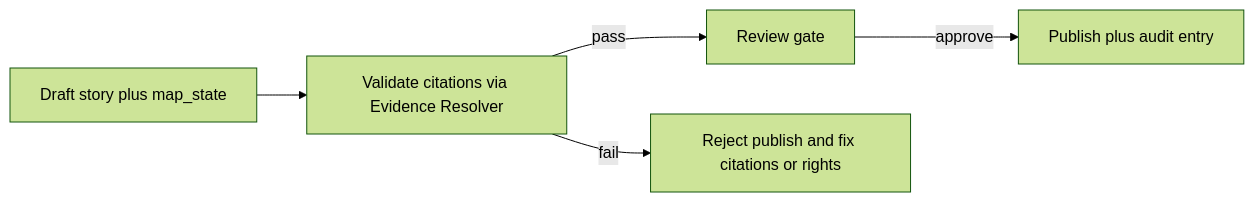
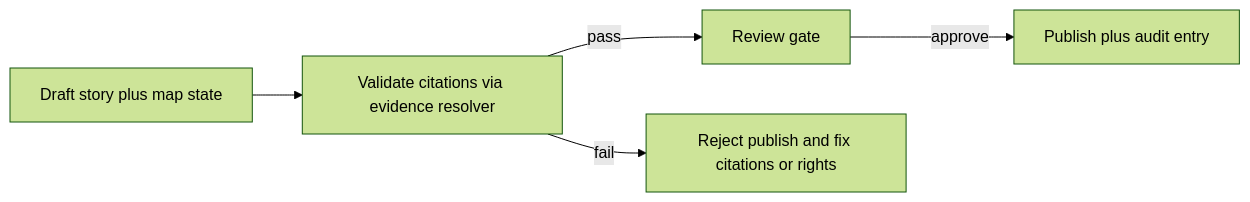
Before and after one commit to bartytime4life/Kansas-Frontier-Matrix: the third of 4 diagrams in README.md, drawn with Mermaid (forest theme). The commit also changed other lines of this file, not shown here.

````diff
--- a/README.md
+++ b/README.md
@@ -187,7 +202,7 @@
 ```mermaid
 flowchart LR
-  D[Draft story plus map_state] --> V[Validate citations via Evidence Resolver]
+  D[Draft story plus map state] --> V[Validate citations via evidence resolver]
   V -->|pass| R[Review gate]
   R -->|approve| P[Publish plus audit entry]
   V -->|fail| A[Reject publish and fix citations or rights]
 ```
````
